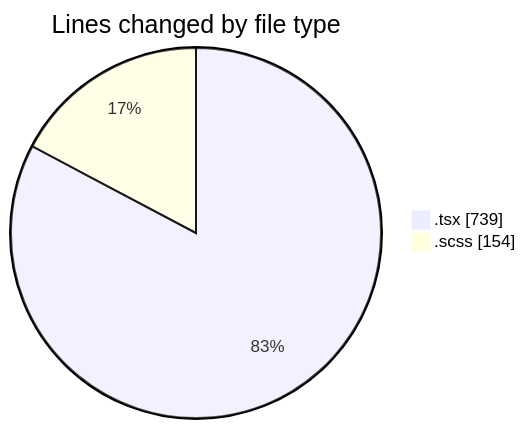
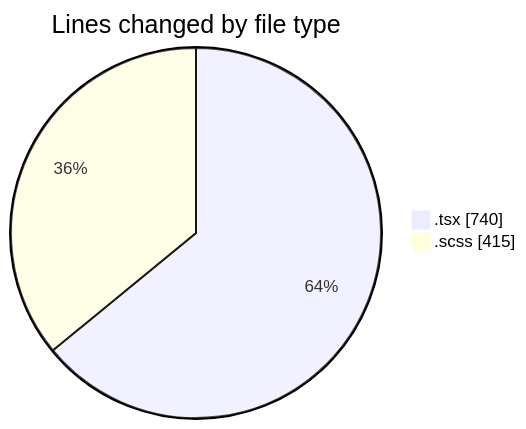
Before and after one commit to momahboobian/code-tracking: the first of 2 diagrams in 2025-10-01/cda/README.md, drawn with Mermaid. The commit also changed other lines of this file and 1 other file, not shown here.

````diff
--- a/2025-10-01/cda/README.md
+++ b/2025-10-01/cda/README.md
@@ -23,6 +24,6 @@
 ```mermaid
 pie showData
 title Lines changed by file type
-".tsx" : 739
-".scss" : 154
+".tsx" : 740
+".scss" : 415
 ```
````
